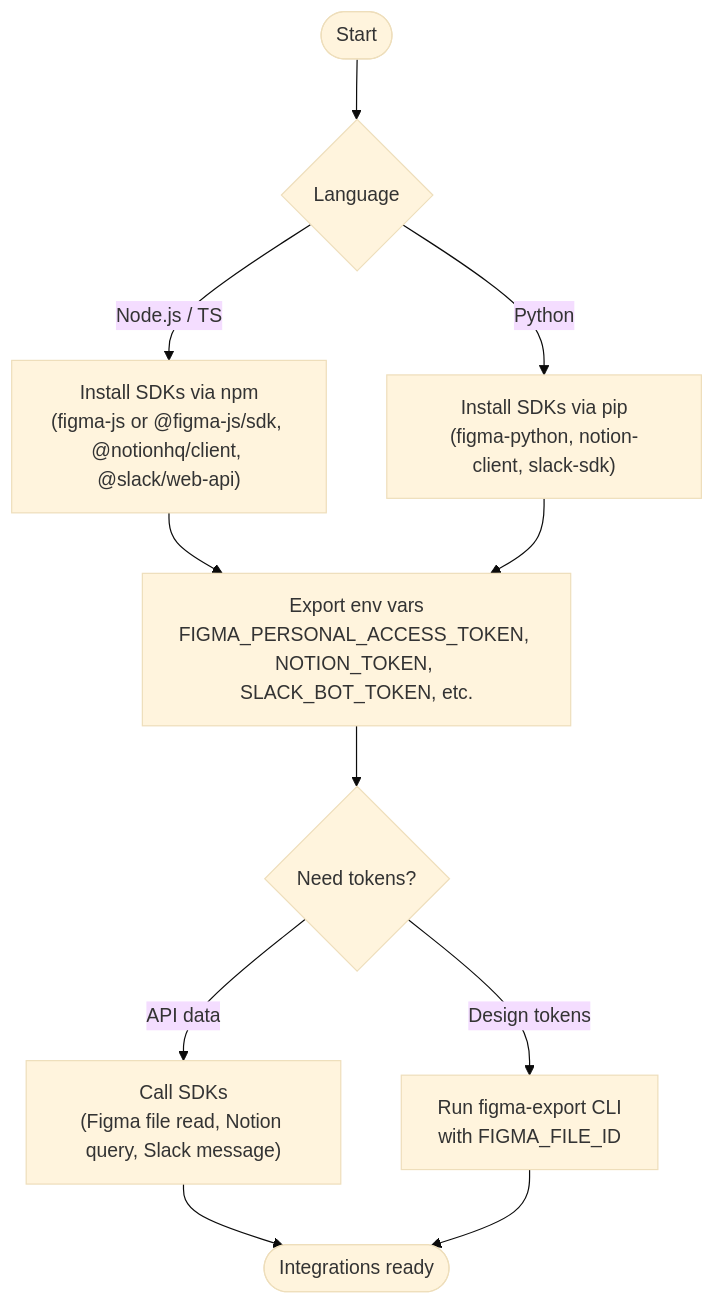
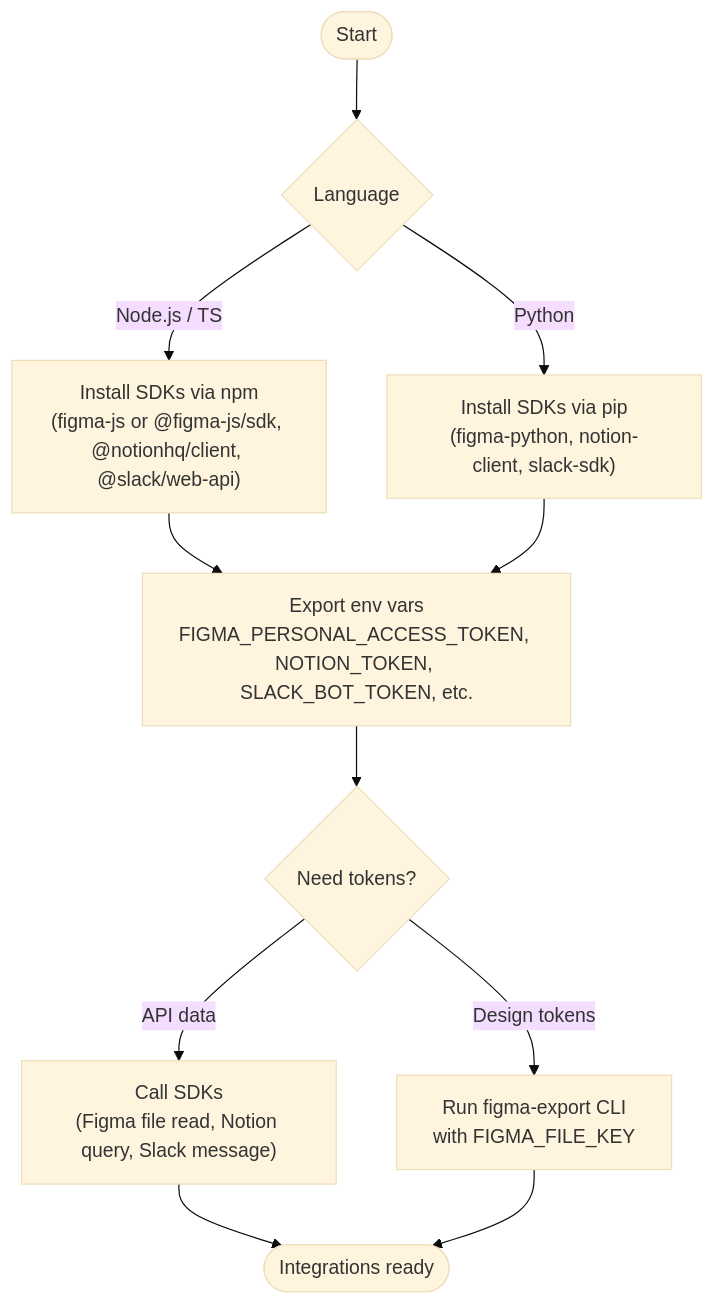
One commit to Arisofia/loans-analytics changed the second of 2 diagrams in docs/integrations.md. Above: the diagram before and after it, drawn with Mermaid (base theme). The commit also changed other lines of this file, not shown here.

First line of the commit message:
docs(figma): actualizar referencias de variable de entorno

````diff
--- a/docs/integrations.md
+++ b/docs/integrations.md
@@ -193,13 +193,13 @@
 ```mermaid
 flowchart TD
   Start([Start]) --> Lang{Language}
   Lang -->|Node.js / TS| NodeSetup["Install SDKs via npm\n(figma-js or @figma-js/sdk, @notionhq/client, @slack/web-api)"]
   Lang -->|Python| PySetup["Install SDKs via pip\n(figma-python, notion-client, slack-sdk)"]
   NodeSetup --> Env["Export env vars\nFIGMA_PERSONAL_ACCESS_TOKEN, NOTION_TOKEN, SLACK_BOT_TOKEN, etc."]
   PySetup --> Env
   Env --> Choice{Need tokens?}
-  Choice -->|Design tokens| FigmaExport["Run figma-export CLI\nwith FIGMA_FILE_ID"]
+  Choice -->|Design tokens| FigmaExport["Run figma-export CLI\nwith FIGMA_FILE_KEY"]
   Choice -->|API data| SDKUse["Call SDKs\n(Figma file read, Notion query, Slack message)"]
   SDKUse --> Done([Integrations ready])
   FigmaExport --> Done
 ```
````
